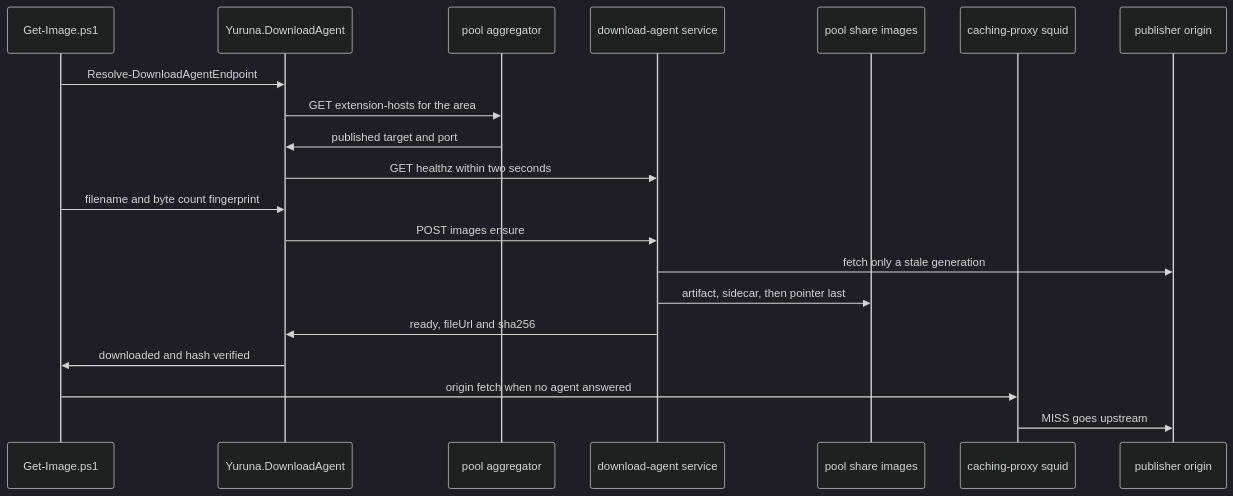
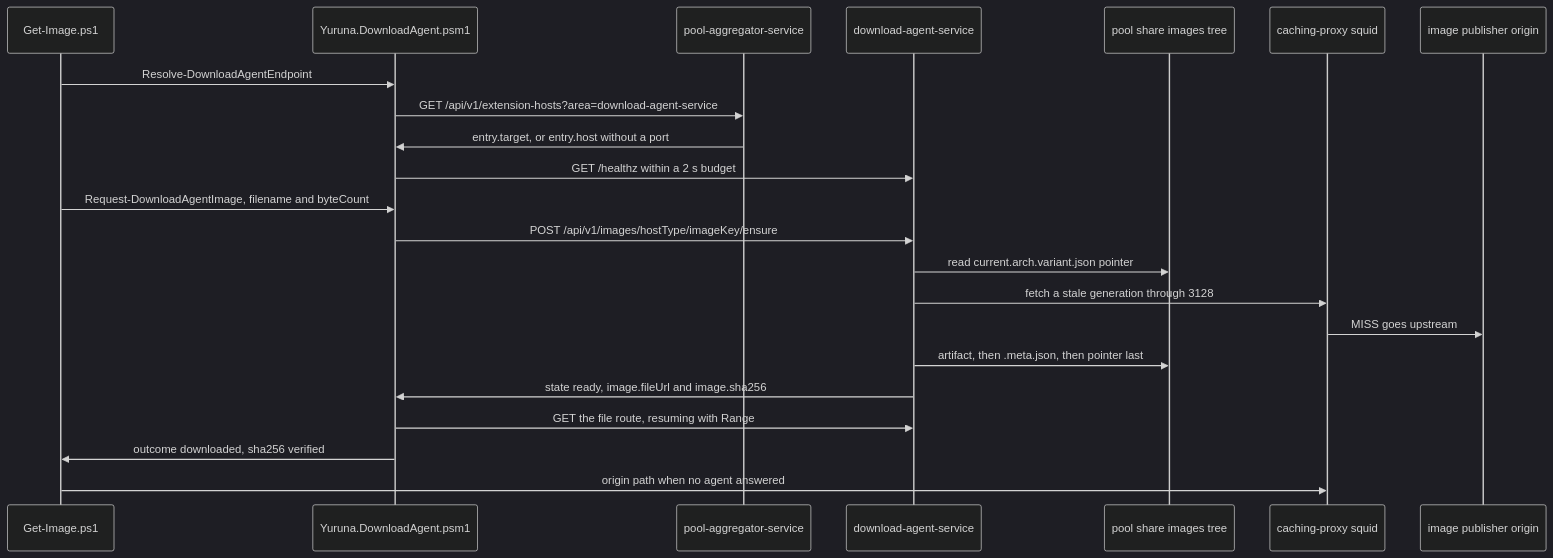
One commit to alissonsol/yuruna changed the fifth of 7 diagrams in docs/design/03-data-flows.md. Above: the diagram before and after it, drawn with Mermaid (dark theme). The commit also changed other lines of this file and 752 other files, not shown here.

````diff
--- a/docs/design/03-data-flows.md
+++ b/docs/design/03-data-flows.md
@@ -454,22 +513,24 @@
 ```mermaid
 sequenceDiagram
     participant getimage as Get-Image.ps1
-    participant client as Yuruna.DownloadAgent
-    participant aggregator as pool aggregator
-    participant agent as download-agent service
-    participant share as pool share images
+    participant client as Yuruna.DownloadAgent.psm1
+    participant aggregator as pool-aggregator-service
+    participant agent as download-agent-service
+    participant share as pool share images tree
     participant squid as caching-proxy squid
-    participant origin as publisher origin
+    participant origin as image publisher origin
     getimage->>client: Resolve-DownloadAgentEndpoint
-    client->>aggregator: GET extension-hosts for the area
-    aggregator->>client: published target and port
-    client->>agent: GET healthz within two seconds
-    getimage->>client: filename and byte count fingerprint
-    client->>agent: POST images ensure
-    agent->>origin: fetch only a stale generation
-    agent->>share: artifact, sidecar, then pointer last
-    agent->>client: ready, fileUrl and sha256
-    client->>getimage: downloaded and hash verified
-    getimage->>squid: origin fetch when no agent answered
+    client->>aggregator: GET /api/v1/extension-hosts?area=download-agent-service
+    aggregator->>client: entry.target, or entry.host without a port
+    client->>agent: GET /healthz within a 2 s budget
+    getimage->>client: Request-DownloadAgentImage, filename and byteCount
+    client->>agent: POST /api/v1/images/hostType/imageKey/ensure
+    agent->>share: read current.arch.variant.json pointer
+    agent->>squid: fetch a stale generation through 3128
     squid->>origin: MISS goes upstream
+    agent->>share: artifact, then .meta.json, then pointer last
+    agent->>client: state ready, image.fileUrl and image.sha256
+    client->>agent: GET the file route, resuming with Range
+    client->>getimage: outcome downloaded, sha256 verified
+    getimage->>squid: origin path when no agent answered
 ```
````
